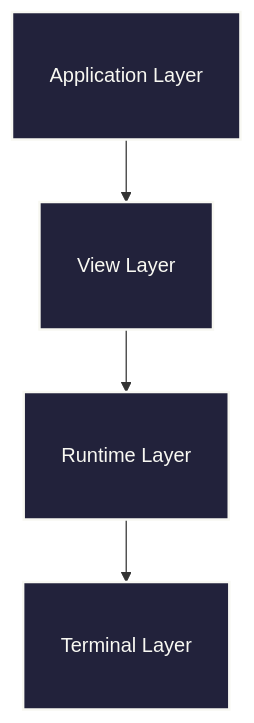
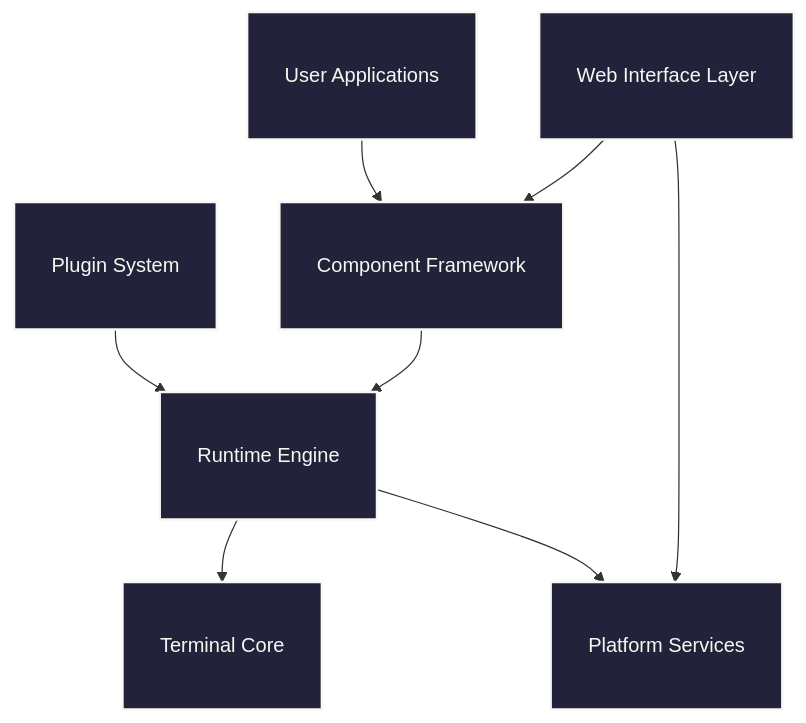
Before and after one commit to Hydepwns/raxol: the first of 8 diagrams in docs/ARCHITECTURE.md, drawn with Mermaid. The commit also changed other lines of this file and 11 other files, not shown here.

````diff
--- a/docs/ARCHITECTURE.md
+++ b/docs/ARCHITECTURE.md
@@ -16,14 +16,21 @@
 ```mermaid
 graph TB
-    App[Application Layer]
-    View[View Layer]
-    Runtime[Runtime Layer]
-    Terminal[Terminal Layer]
+    Apps[User Applications]
+    Plugins[Plugin System]
+    Web[Web Interface Layer]
+    Components[Component Framework]
+    Runtime[Runtime Engine]
+    Terminal[Terminal Core]
+    Platform[Platform Services]
 
-    App --> View
-    View --> Runtime
+    Apps --> Components
+    Plugins --> Runtime
+    Web --> Components
+    Components --> Runtime
     Runtime --> Terminal
+    Runtime --> Platform
+    Web --> Platform
 
     classDef layer fill:#22223b,stroke:#f8f8f2,stroke-width:2px,color:#f8f8f2,font-size:16px,padding:8px;
-    class App,View,Runtime,Terminal layer;
+    class Apps,Plugins,Web,Components,Runtime,Terminal,Platform layer;
 ```
````
